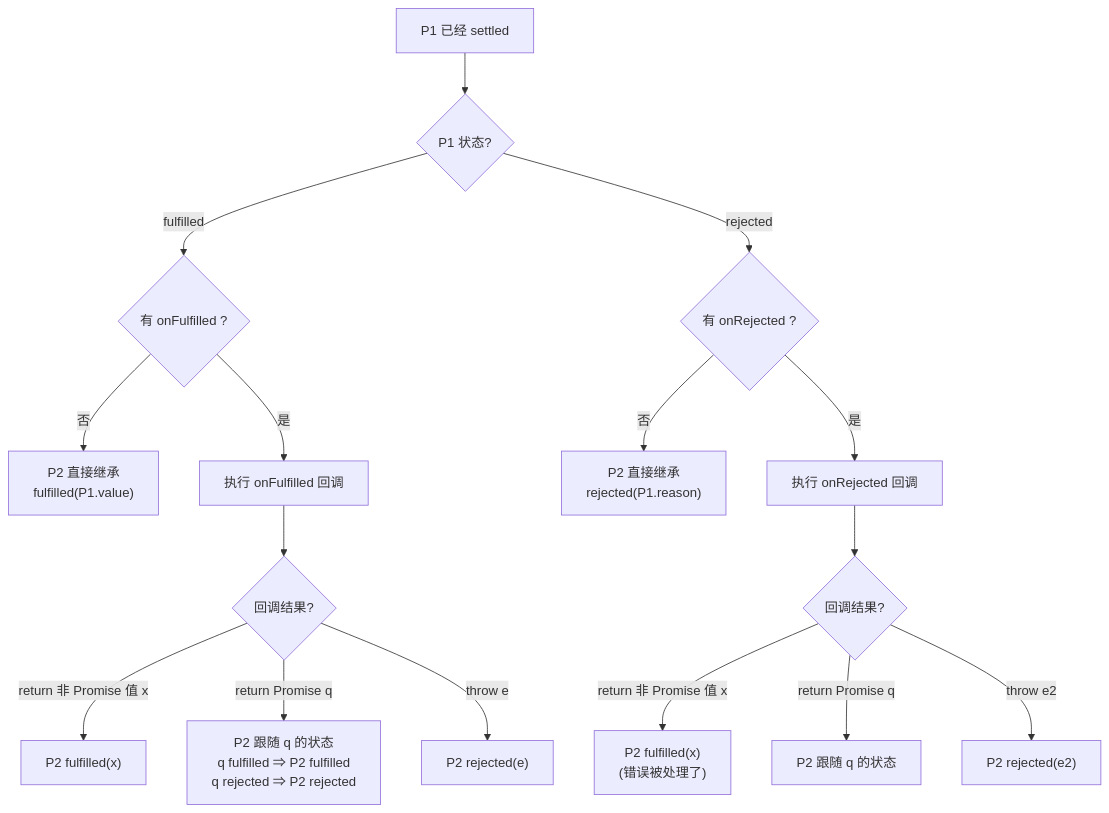
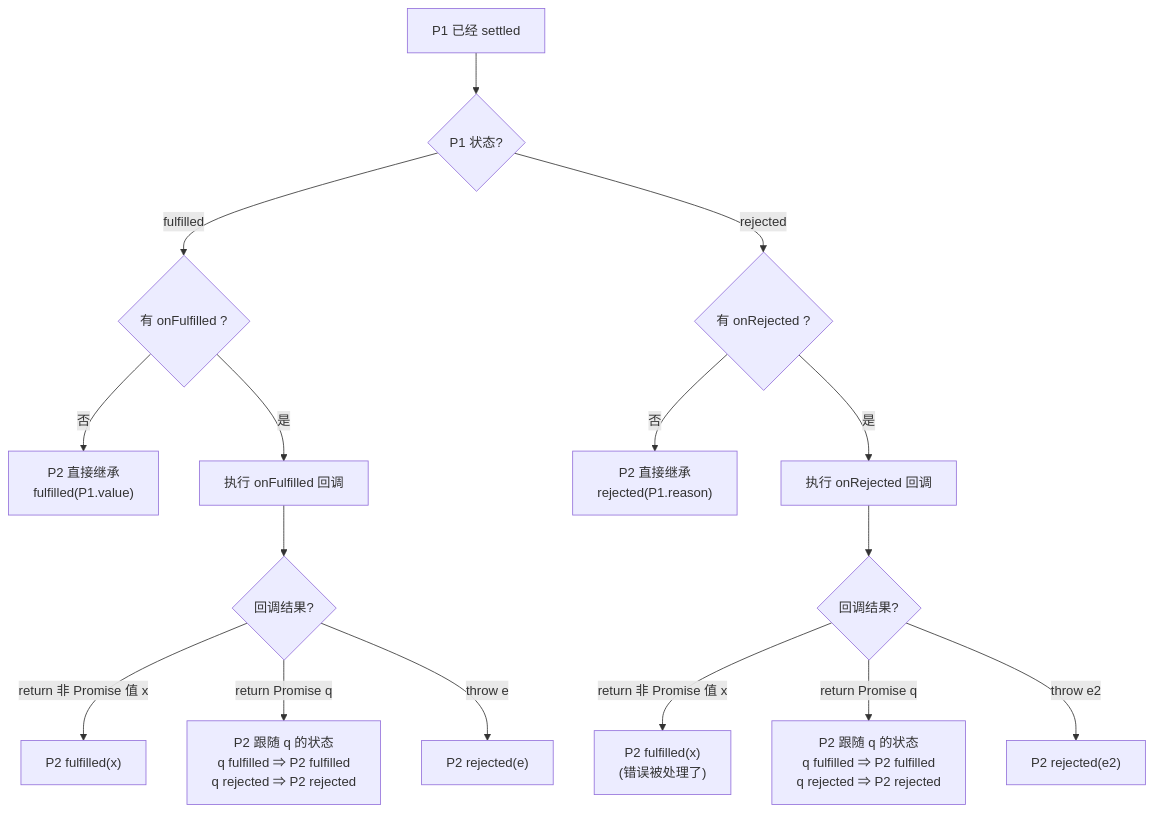
One commit to Scoheart/scoheart-notes changed the first of 3 diagrams in docs/front-end/03-ECMAScript-ECMA-262/ES2015/Promise.md. Above: the diagram before and after it, drawn with Mermaid.

Commit message:
docs: clarify Promise behavior in flowchart by detailing state transitions for fulfilled and rejected promises

````diff
--- a/docs/front-end/03-ECMAScript-ECMA-262/ES2015/Promise.md
+++ b/docs/front-end/03-ECMAScript-ECMA-262/ES2015/Promise.md
@@ -7,25 +7,25 @@
 ```mermaid
 flowchart TD
   A["P1 已经 settled"] --> B{"P1 状态?"}
 
   B -->|"fulfilled"| C{"有 onFulfilled ?"}
   B -->|"rejected"| J{"有 onRejected ?"}
 
   %% fulfilled 分支
   C -->|"否"| F["P2 直接继承<br/>fulfilled(P1.value)"]
   C -->|"是"| D["执行 onFulfilled 回调"]
 
   D --> M{"回调结果?"}
   M -->|"return 非 Promise 值 x"| F2["P2 fulfilled(x)"]
   M -->|"return Promise q"| G["P2 跟随 q 的状态<br/>q fulfilled ⇒ P2 fulfilled<br/>q rejected ⇒ P2 rejected"]
   M -->|"throw e"| H["P2 rejected(e)"]
 
   %% rejected 分支
   J -->|"否"| K["P2 直接继承<br/>rejected(P1.reason)"]
   J -->|"是"| L["执行 onRejected 回调"]
 
   L --> N{"回调结果?"}
   N -->|"return 非 Promise 值 x"| F3["P2 fulfilled(x)<br/>(错误被处理了)"]
-  N -->|"return Promise q"| G2["P2 跟随 q 的状态"]
+  N -->|"return Promise q"| G2["P2 跟随 q 的状态<br/>q fulfilled ⇒ P2 fulfilled<br/>q rejected ⇒ P2 rejected"]
   N -->|"throw e2"| H2["P2 rejected(e2)"]
 ```
````
